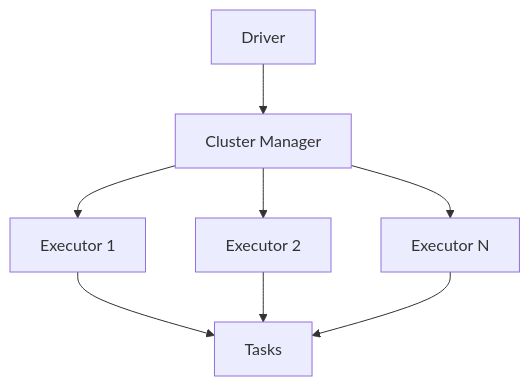
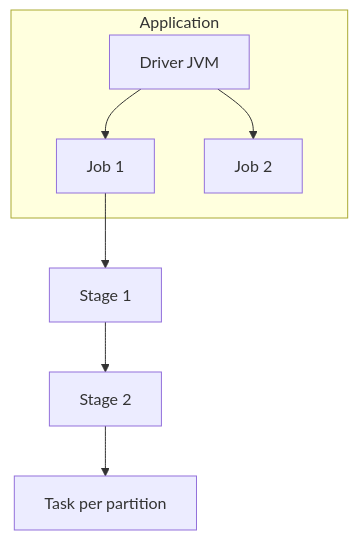
The first of 5 diagrams in book/04_data_engineering_systems/apache_spark.md (isouravsengupta/ai-data-engineer-handbook), drawn with Mermaid before and after one commit. The commit also changed other lines of this file and 8 other files, not shown here.

````diff
--- a/book/04_data_engineering_systems/apache_spark.md
+++ b/book/04_data_engineering_systems/apache_spark.md
@@ -20,10 +22,11 @@
 ```mermaid
 flowchart TD
-    A[Driver] --> B[Cluster Manager]
-    B --> C[Executor 1]
-    B --> D[Executor 2]
-    B --> E[Executor N]
-    C --> F[Tasks]
-    D --> F
-    E --> F
+    subgraph Application
+        D[Driver JVM]
+        D --> J1[Job 1]
+        D --> J2[Job 2]
+    end
+    J1 --> S1[Stage 1]
+    S1 --> S2[Stage 2]
+    S2 --> T1[Task per partition]
 ```
````
